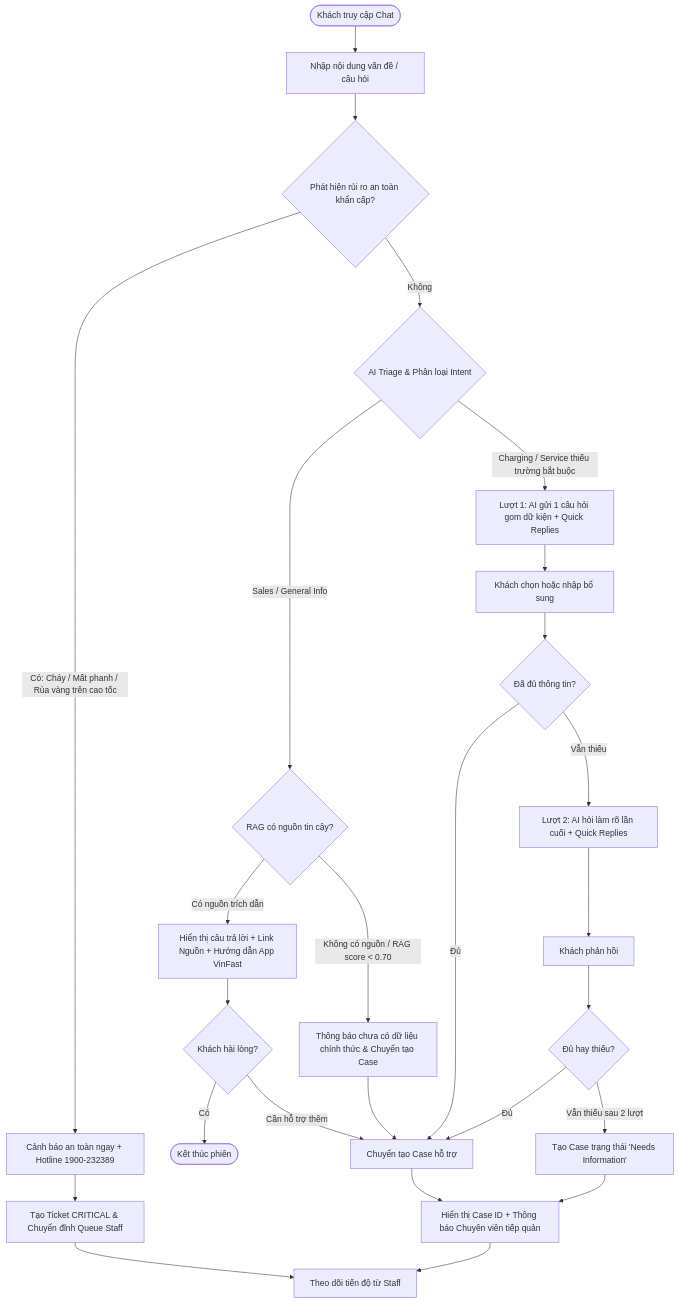
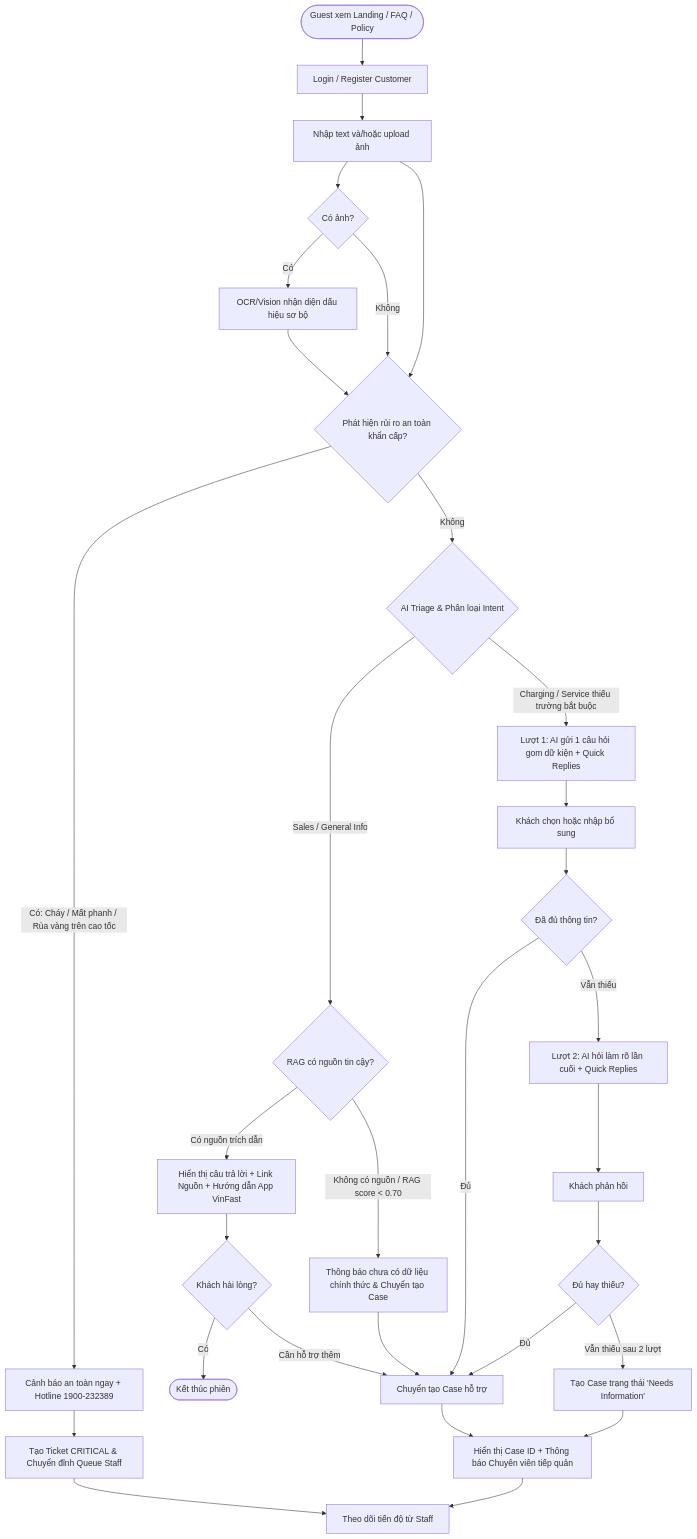
The first of 2 diagrams in docs/product/user-flows.md (TheViet298/viet-ai), drawn with Mermaid before and after one commit. The commit also changed other lines of this file and 14 other files, not shown here.

Commit message:
docs: update architecture, design, and specifications

````diff
--- a/docs/product/user-flows.md
+++ b/docs/product/user-flows.md
@@ -11,41 +13,46 @@
 ```mermaid
 flowchart TD
-    Start([Khách truy cập Chat]) --> Intake[Nhập nội dung vấn đề / câu hỏi]
+    Start([Guest xem Landing / FAQ / Policy]) --> Login[Login / Register Customer]
+    Login --> Intake[Nhập text và/hoặc upload ảnh]
+    Intake --> Image{Có ảnh?}
+    Image -->|Có| Vision[OCR/Vision nhận diện dấu hiệu sơ bộ]
+    Image -->|Không| CheckSafety
+    Vision --> CheckSafety
     Intake --> CheckSafety{Phát hiện rủi ro an toàn khẩn cấp?}
     
     %% Emergency Path
     CheckSafety -->|Có: Cháy / Mất phanh / Rùa vàng trên cao tốc| EmergencyFlow[Cảnh báo an toàn ngay + Hotline 1900-232389]
     EmergencyFlow --> CreateCritCase[Tạo Ticket CRITICAL & Chuyển đỉnh Queue Staff]
     CreateCritCase --> TrackStatus[Theo dõi tiến độ từ Staff]
     
     %% Normal Path
     CheckSafety -->|Không| AI_Triage{AI Triage & Phân loại Intent}
     
     %% FAQ Path
     AI_Triage -->|Sales / General Info| CheckRAG{RAG có nguồn tin cậy?}
     CheckRAG -->|Có nguồn trích dẫn| FAQ_Answer[Hiển thị câu trả lời + Link Nguồn + Hướng dẫn App VinFast]
     FAQ_Answer --> IsResolved{Khách hài lòng?}
     IsResolved -->|Có| EndCustomer([Kết thúc phiên])
     IsResolved -->|Cần hỗ trợ thêm| CreateCase[Chuyển tạo Case hỗ trợ]
     
     CheckRAG -->|Không có nguồn / RAG score < 0.70| LowConfMsg[Thông báo chưa có dữ liệu chính thức & Chuyển tạo Case]
     LowConfMsg --> CreateCase
     
     %% Clarification Path (Max 2 turns)
     AI_Triage -->|Charging / Service thiếu trường bắt buộc| ClarifyTurn1[Lượt 1: AI gửi 1 câu hỏi gom dữ kiện + Quick Replies]
     ClarifyTurn1 --> CustomerReply1[Khách chọn hoặc nhập bổ sung]
     CustomerReply1 --> CheckTurn1{Đã đủ thông tin?}
     
     CheckTurn1 -->|Đủ| CreateCase
     CheckTurn1 -->|Vẫn thiếu| ClarifyTurn2[Lượt 2: AI hỏi làm rõ lần cuối + Quick Replies]
     ClarifyTurn2 --> CustomerReply2[Khách phản hồi]
     CustomerReply2 --> CheckTurn2{Đủ hay thiếu?}
     
     CheckTurn2 -->|Đủ| CreateCase
     CheckTurn2 -->|Vẫn thiếu sau 2 lượt| CreateNeedsInfoCase[Tạo Case trạng thái 'Needs Information']
     CreateNeedsInfoCase --> ShowCaseView[Hiển thị Case ID + Thông báo Chuyên viên tiếp quản]
     
     %% Case Creation Path
     CreateCase --> ShowCaseView
     ShowCaseView --> TrackStatus
 ```
````
